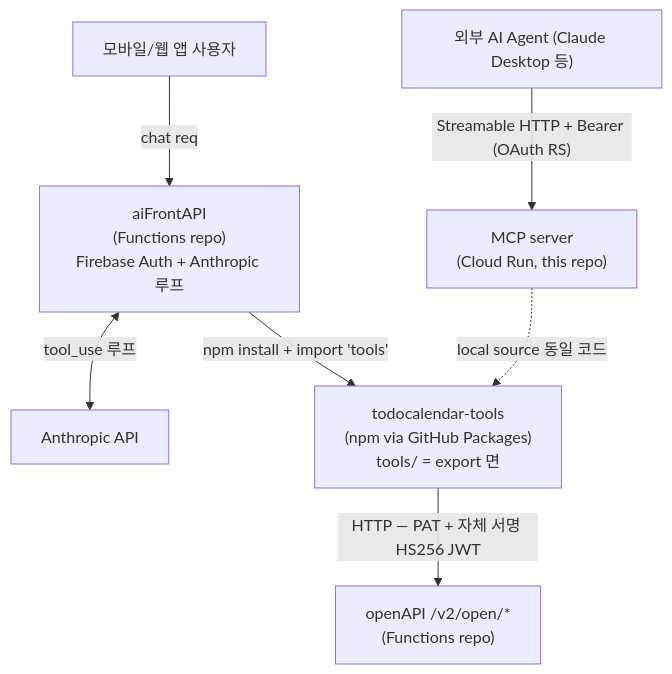
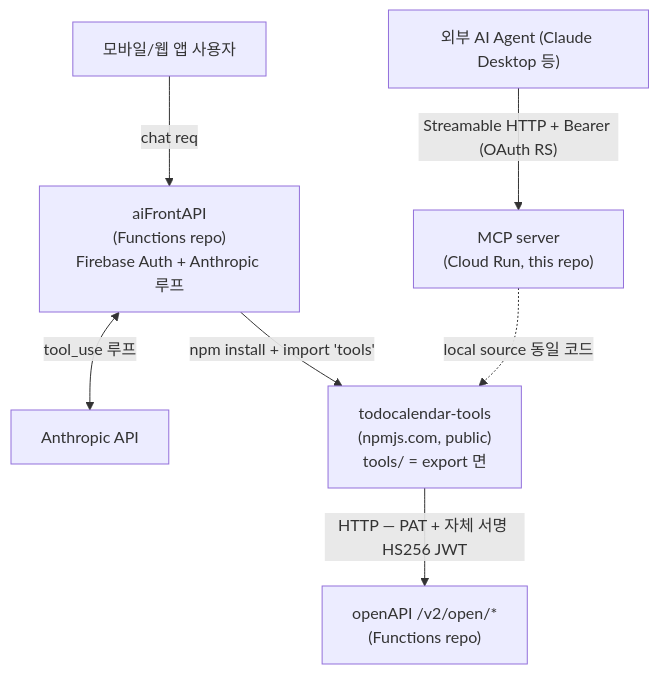
One commit to sudopark/TodoCalendar-mcp changed the diagram in CLAUDE.md. Above: the diagram before and after it, drawn with Mermaid. The commit also changed other lines of this file and 3 other files, not shown here.

First line of the commit message:
[#47] npmjs.com 이전 — package 메타·문서 정정

````diff
--- a/CLAUDE.md
+++ b/CLAUDE.md
@@ -20,19 +20,19 @@
 ```mermaid
 flowchart TB
     ExtUser["모바일/웹 앱 사용자"]
     ExtAgent["외부 AI Agent (Claude Desktop 등)"]
     AiFront["aiFrontAPI<br/>(Functions repo)<br/>Firebase Auth + Anthropic 루프"]
     OpenAPI["openAPI /v2/open/*<br/>(Functions repo)"]
-    Lib["todocalendar-tools<br/>(npm via GitHub Packages)<br/>tools/ = export 면"]
+    Lib["todocalendar-tools<br/>(npmjs.com, public)<br/>tools/ = export 면"]
     MCPServer["MCP server<br/>(Cloud Run, this repo)"]
     Anthropic["Anthropic API"]
 
     ExtUser -->|chat req| AiFront
     AiFront <-->|tool_use 루프| Anthropic
     AiFront -->|"npm install + import 'tools'"| Lib
 
     ExtAgent -->|"Streamable HTTP + Bearer (OAuth RS)"| MCPServer
     MCPServer -.->|local source 동일 코드| Lib
 
     Lib -->|"HTTP — PAT + 자체 서명 HS256 JWT"| OpenAPI
 ```
````
